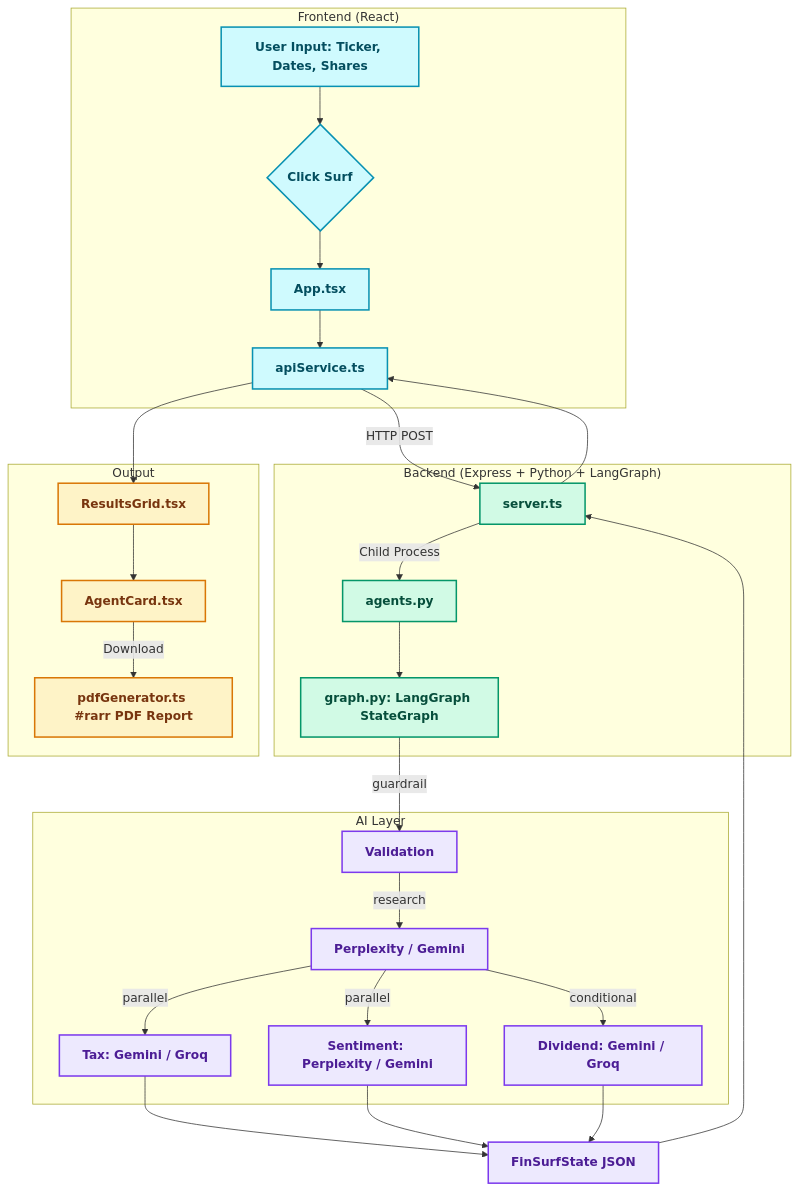
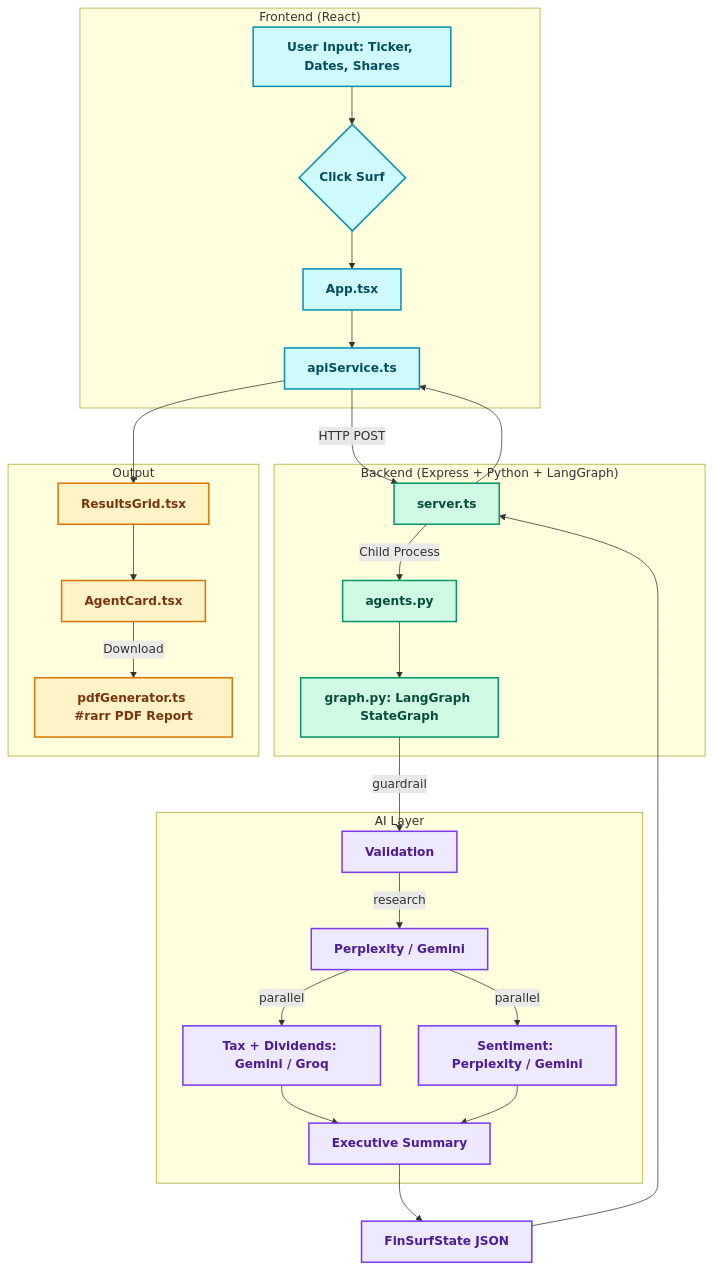
The diagram in README.md (sachined/FinSurf), drawn with Mermaid before and after one commit. The commit also changed other lines of this file and 2 other files, not shown here.

````diff
--- a/README.md
+++ b/README.md
@@ -57,44 +57,43 @@
 ```mermaid
 graph TD
     classDef fe fill:#cffafe,stroke:#0891b2,stroke-width:2px,color:#044e5f,font-weight:bold;
     classDef be fill:#d1fae5,stroke:#059669,stroke-width:2px,color:#064e3b,font-weight:bold;
     classDef ai fill:#ede9fe,stroke:#7c3aed,stroke-width:2px,color:#4c1d95,font-weight:bold;
     classDef ui fill:#fef3c7,stroke:#d97706,stroke-width:2px,color:#78350f,font-weight:bold;
 
     subgraph FE["Frontend (React)"]
         A[User Input: Ticker, Dates, Shares] --> B{Click Surf}
         B --> C[App.tsx]
         C --> D[apiService.ts]
     end
 
     subgraph BE["Backend (Express + Python + LangGraph)"]
         D -->|HTTP POST| E[server.ts]
         E -->|Child Process| F[agents.py]
         F --> G[graph.py: LangGraph StateGraph]
     end
 
     subgraph AL["AI Layer"]
         G -->|guardrail| GA[Validation]
         GA -->|research| GB[Perplexity / Gemini]
-        GB -->|parallel| GC[Tax: Gemini / Groq]
+        GB -->|parallel| GC[Tax + Dividends: Gemini / Groq]
         GB -->|parallel| GD[Sentiment: Perplexity / Gemini]
-        GB -->|conditional| GE[Dividend: Gemini / Groq]
+        GC --> GE[Executive Summary]
+        GD --> GE
     end
 
-    GC --> J[FinSurfState JSON]
-    GD --> J
-    GE --> J
+    GE --> J[FinSurfState JSON]
     J --> E
     E --> D
 
     subgraph UI["Output"]
         D --> K[ResultsGrid.tsx]
         K --> L[AgentCard.tsx]
         L -->|Download| M[pdfGenerator.ts #rarr PDF Report]
     end
 
     class A,B,C,D fe;
     class E,F,G be;
     class GA,GB,GC,GD,GE,J ai;
     class K,L,M ui;
 ```
````
